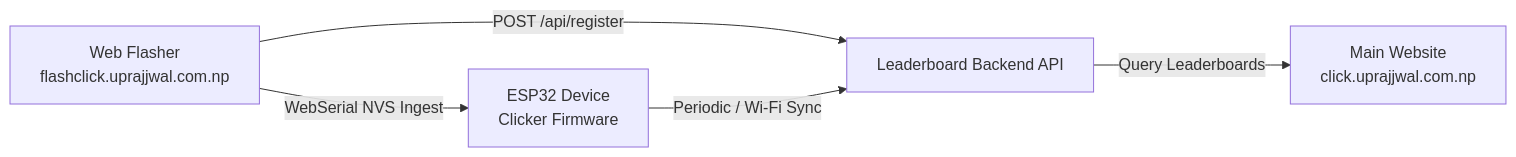
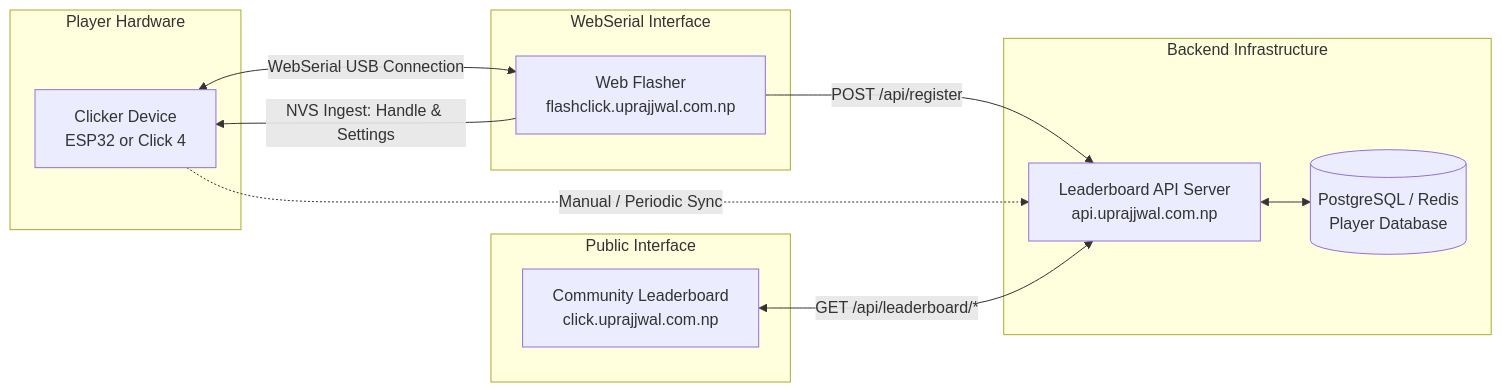
One commit to prajjwalprajjwal/Click changed the diagram in docs/leaderboard_architecture.md. Above: the diagram before and after it, drawn with Mermaid. The commit also changed other lines of this file and 35 other files, not shown here.

````diff
--- a/docs/leaderboard_architecture.md
+++ b/docs/leaderboard_architecture.md
@@ -9,7 +9,26 @@
 ```mermaid
 flowchart LR
-    A[Web Flasher\nflashclick.uprajjwal.com.np] -->|WebSerial NVS Ingest| B[ESP32 Device\nClicker Firmware]
-    A -->|POST /api/register| C[Leaderboard Backend API]
-    B -->|Periodic / Wi-Fi Sync| C
-    C -->|Query Leaderboards| D[Main Website\nclick.uprajjwal.com.np]
+    subgraph Client["Player Hardware"]
+        DEV[Clicker Device\nESP32 or Click 4]
+    end
+
+    subgraph Flashing["WebSerial Interface"]
+        WF[Web Flasher\nflashclick.uprajjwal.com.np]
+    end
+
+    subgraph Cloud["Backend Infrastructure"]
+        API[Leaderboard API Server\napi.uprajjwal.com.np]
+        DB[(PostgreSQL / Redis\nPlayer Database)]
+    end
+
+    subgraph Web["Public Interface"]
+        SITE[Community Leaderboard\nclick.uprajjwal.com.np]
+    end
+
+    DEV <-->|WebSerial USB Connection| WF
+    WF -->|NVS Ingest: Handle & Settings| DEV
+    WF -->|POST /api/register| API
+    DEV -.->|Manual / Periodic Sync| API
+    API <--> DB
+    SITE <-->|GET /api/leaderboard/*| API
 ```
````
